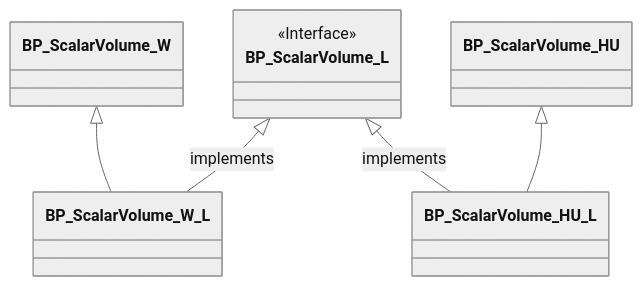
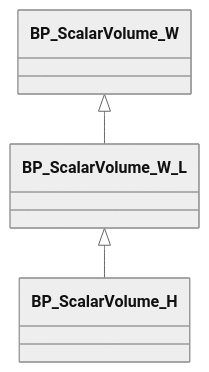
Before and after one commit to brugr9/UEPluginVolumeCreator: the diagram in README.md, drawn with Mermaid (neutral theme). The commit also changed other lines of this file, not shown here.

````diff
--- a/README.md
+++ b/README.md
@@ -116,13 +112,9 @@
 ```mermaid
 classDiagram
-  class BP_ScalarVolume_L
   class BP_ScalarVolume_W
   class BP_ScalarVolume_W_L
-  class BP_ScalarVolume_HU
-  class BP_ScalarVolume_HU_L
-  <<Interface>> BP_ScalarVolume_L
+  class BP_ScalarVolume_H
+
   BP_ScalarVolume_W <|-- BP_ScalarVolume_W_L
-  BP_ScalarVolume_HU <|-- BP_ScalarVolume_HU_L
-  BP_ScalarVolume_L <|-- BP_ScalarVolume_W_L : implements
-  BP_ScalarVolume_L <|-- BP_ScalarVolume_HU_L : implements
+  BP_ScalarVolume_W_L <|-- BP_ScalarVolume_H
 ```
````
